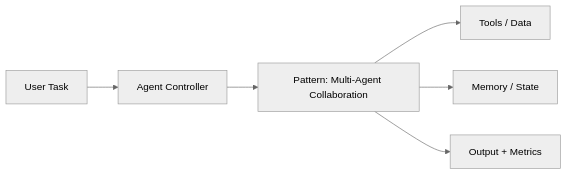
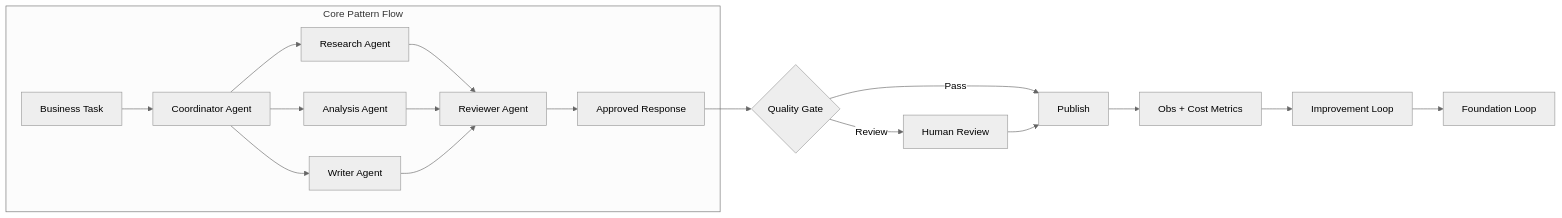
One commit to vivekreeves/agentic-design-patterns-lab changed the diagram in notebooks/level_01_agent_foundations/07_multi_agent_architecture.md. Above: the diagram before and after it, drawn with Mermaid (neutral theme). The commit also changed 71 other files, not shown here.

````diff
--- a/notebooks/level_01_agent_foundations/07_multi_agent_architecture.md
+++ b/notebooks/level_01_agent_foundations/07_multi_agent_architecture.md
@@ -5,8 +5,20 @@
 ```mermaid
 flowchart LR
-  Q[User Task] --> A[Agent Controller]
-  A --> P[Pattern: Multi-Agent Collaboration]
-  P --> T[Tools / Data]
-  P --> M[Memory / State]
-  P --> O[Output + Metrics]
+  subgraph CoreFlow[Core Pattern Flow]
+    Q[Business Task] --> CO[Coordinator Agent]
+    CO --> RA[Research Agent]
+    CO --> AA[Analysis Agent]
+    CO --> WA[Writer Agent]
+    RA --> RV[Reviewer Agent]
+    AA --> RV
+    WA --> RV
+    RV --> O[Approved Response]
+  end
+  O --> QG{Quality Gate}
+  QG -->|Pass| PUB[Publish]
+  QG -->|Review| HREV[Human Review]
+  HREV --> PUB
+  PUB --> OBS[Obs + Cost Metrics]
+  OBS --> LOOP[Improvement Loop]
+  LOOP --> L1[Foundation Loop]
 ```
````
